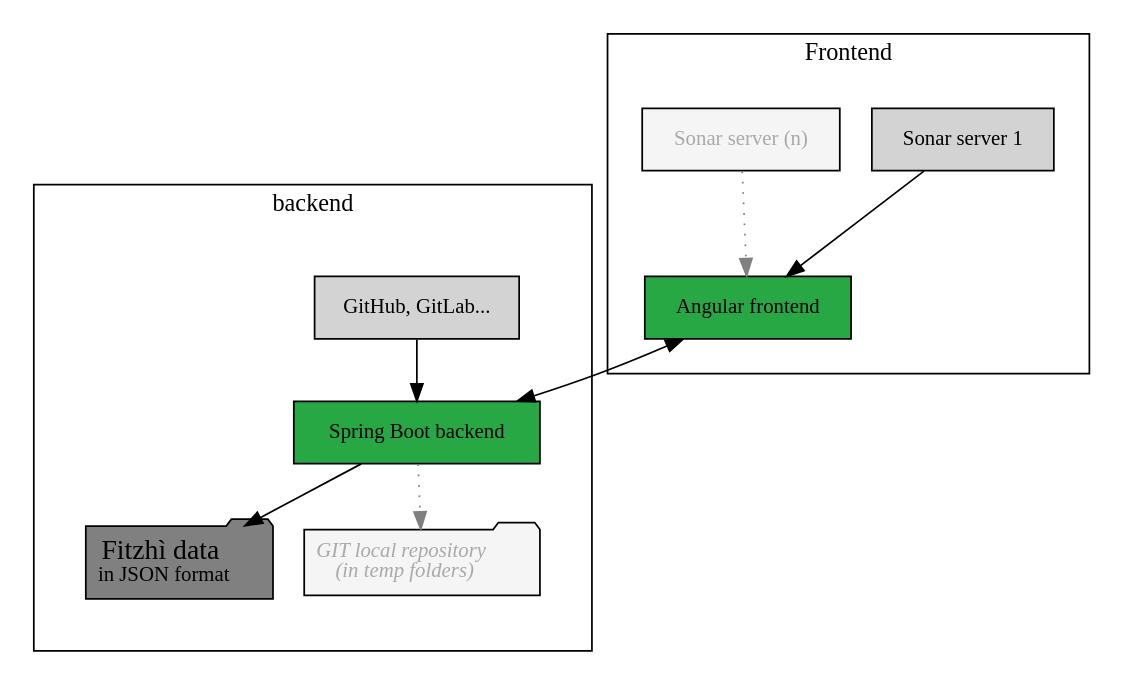
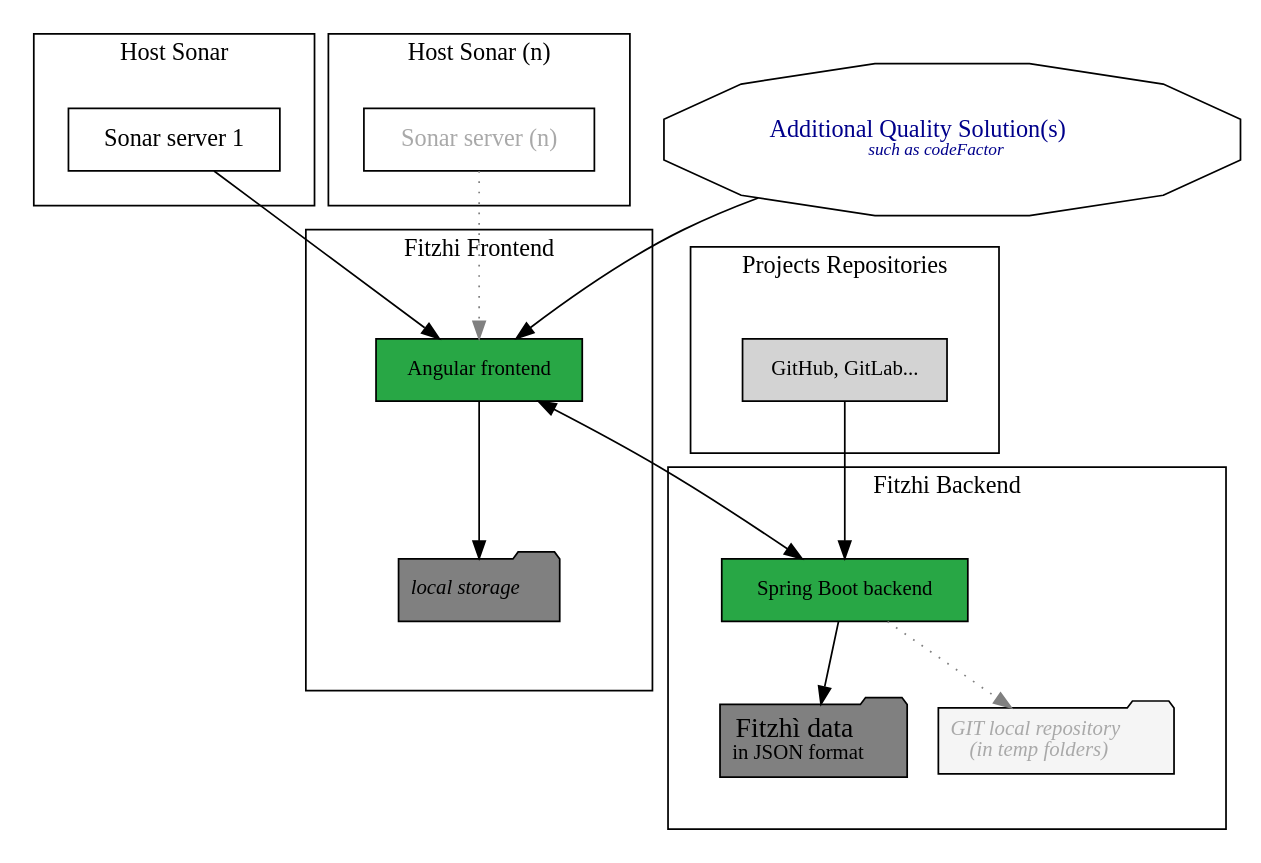
Before and after one commit to fitzhi/site: the diagram in generated/fitzhi-installation.adoc, drawn with Graphviz. The commit also changed 41 other files, not shown here.

```diff
--- a/generated/fitzhi-installation.adoc
+++ b/generated/fitzhi-installation.adoc
@@ -12,39 +12,65 @@
 [graphviz, "main"]
 ....
 digraph G {
 	{ 
+		
+		subgraph clusterSonar1 {
+			margin=20
+			label="Host Sonar"
+			s1 [fillcolor=lightGrey shape=rectangle label="Sonar server 1"]
+		}
+
+		subgraph clusterSonarN { 
+			margin=20
+			label="Host Sonar (n)"
+			sn [fillcolor=whiteSmoke fontcolor=darkGrey shape=rectangle label="Sonar server (n)"]
+		}
+
+		subgraph codeFactor { 
+			label="Additional quality solution"
+
+			cf [fillcolor=whiteSmoke fontcolor=darkBlue shape=polygon sides=12 label=<<br/><font point-size="14">Additional Quality Solution(s)</font><br/><i><font point-size="10">such as codeFactor</font></i><br/> >]
+		}
+
 		subgraph clusterFrontend { 
-				margin=20
-				label="Frontend"
-				node [margin=0.1 fontcolor=black fontsize=12 width=0.5 shape=rectangle style=filled]
-				f [fillcolor="#28a745" label="Angular frontend"]
-				s1 [fillcolor=lightGrey label="Sonar server 1"]
-				sn [fillcolor=whiteSmoke fontcolor=darkGrey label="Sonar server (n)"]
+			margin=40
+			label="Fitzhi Frontend"
+			node [margin=0.1 fontcolor=black fontsize=12 width=0.5 shape=rectangle style=filled]
+			f [fillcolor="#28a745" label="Angular frontend"]
+
+			node [margin=0.1 fontcolor=black fontsize=12 width=0.5 shape=folder style=filled]
+			g [fillcolor=grey label=<<i><font point-size="12">local storage</font></i><br/>>]
 		}
 
 		subgraph clusterBackend { 
-				margin=30
-				label="backend"
+			margin=30
+			label="Fitzhi Backend"
 
-				node [margin=0.1 fontcolor=black fontsize=12 width=0.5 shape=rectangle style=filled]
-				b [fillcolor="#28a745" label="Spring Boot backend"]
+			node [margin=0.1 fontcolor=black fontsize=12 width=0.5 shape=rectangle style=filled]
+			b [fillcolor="#28a745" label="Spring Boot backend"]
 
-				node [margin=0.1 fontcolor=black fontsize=12 width=0.5 shape=folder style=filled]
-				d [fillcolor=grey label=<<font point-size="16">Fitzhì data</font><br/>in JSON format>]
-				
-				node [margin=0.1 fontcolor=darkGrey fontsize=12 width=0.5 shape=folder style="filled"]
-				temp [fillcolor=whiteSmoke label=<<I>GIT local repository<br/>(in temp folders)</I>>]
+			node [margin=0.1 fontcolor=black fontsize=12 width=0.5 shape=folder style=filled]
+			d [fillcolor=grey label=<<font point-size="16">Fitzhì data</font><br/>in JSON format>]
+			
+			node [margin=0.1 fontcolor=darkGrey fontsize=12 width=0.5 shape=folder style="filled"]
+			temp [fillcolor=whiteSmoke label=<<I>GIT local repository<br/>(in temp folders)</I>>]
+		}
 
-				node [margin=0.1 fontcolor=black fontsize=12 shape=rectangle width=0.5 style="filled"]
-				git [label="GitHub, GitLab..."]
+		subgraph clusterGit { 
+			margin=30
+			label="Projects Repositories"
+			node [margin=0.1 fontcolor=black fontsize=12 shape=rectangle width=0.5 style="filled"]
+			git [label="GitHub, GitLab..."]
 		}
 	}
 	sn -> f [color="grey" style="dotted"]
 	s1 -> f
 	f -> {b} [dir=both]
 	b -> temp [color="grey" style="dotted"]
 	b -> {d}
 	git -> b
+	f -> g
+	cf -> f
 
 }
 ....
```
